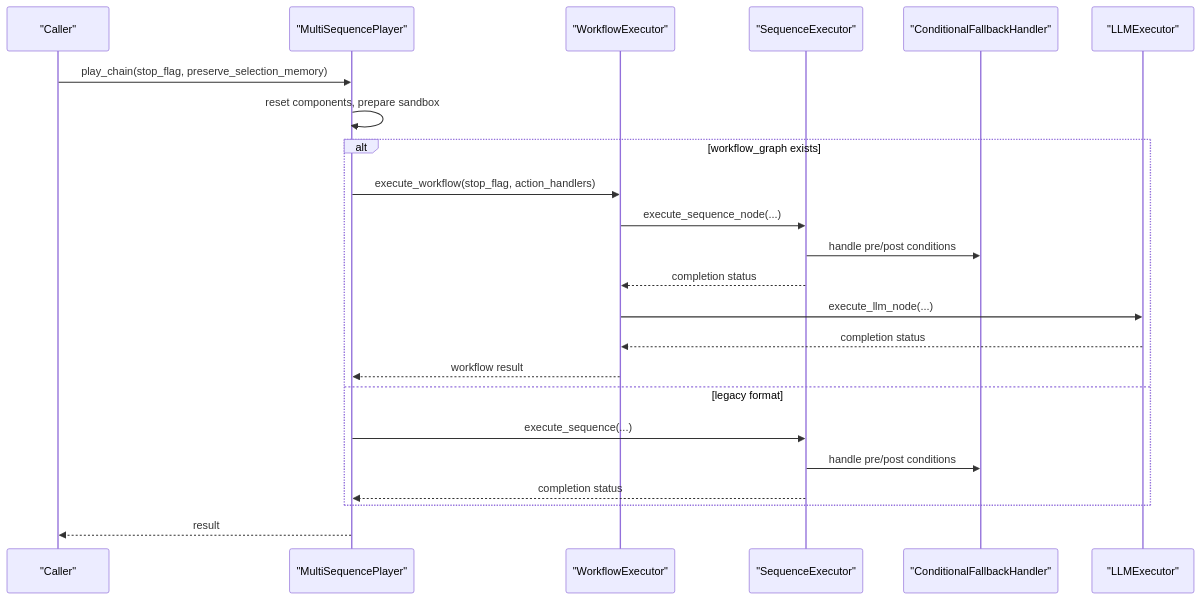
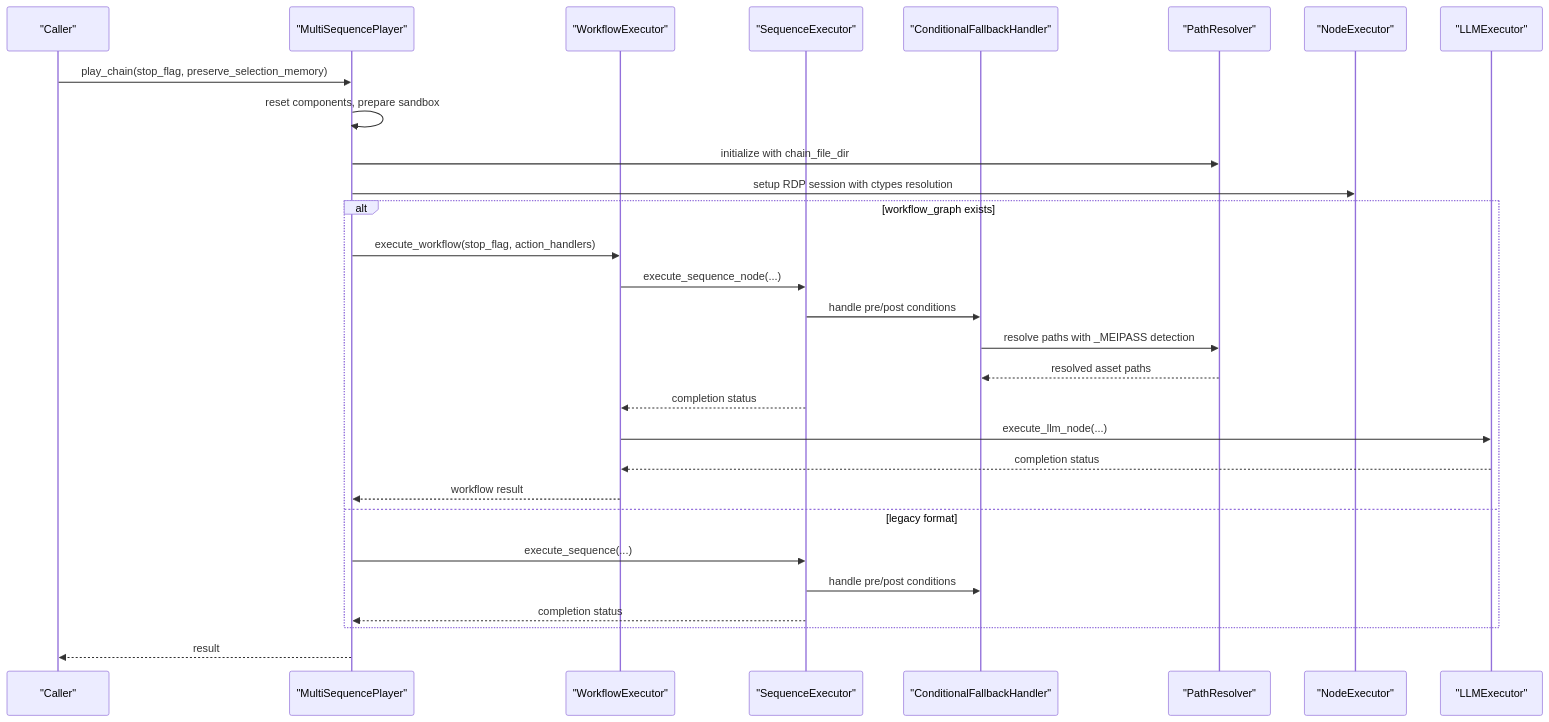
Before and after one commit to RodrigoBenitez343/Arrow: the second of 10 diagrams in .qoder/repowiki/en/content/Playback Engine/Multi-Sequence Player.md, drawn with Mermaid. The commit also changed other lines of this file and 53 other files, not shown here.

````diff
--- a/.qoder/repowiki/en/content/Playback Engine/Multi-Sequence Player.md
+++ b/.qoder/repowiki/en/content/Playback Engine/Multi-Sequence Player.md
@@ -78,25 +105,31 @@
 ```mermaid
 sequenceDiagram
 participant User as "Caller"
 participant MSP as "MultiSequencePlayer"
 participant WFEX as "WorkflowExecutor"
 participant SEQEX as "SequenceExecutor"
 participant CFH as "ConditionalFallbackHandler"
+participant PR as "PathResolver"
+participant NE as "NodeExecutor"
 participant LLMEX as "LLMExecutor"
 User->>MSP : play_chain(stop_flag, preserve_selection_memory)
 MSP->>MSP : reset components, prepare sandbox
+MSP->>PR : initialize with chain_file_dir
+MSP->>NE : setup RDP session with ctypes resolution
 alt workflow_graph exists
 MSP->>WFEX : execute_workflow(stop_flag, action_handlers)
 WFEX->>SEQEX : execute_sequence_node(...)
 SEQEX->>CFH : handle pre/post conditions
+CFH->>PR : resolve paths with _MEIPASS detection
+PR-->>CFH : resolved asset paths
 SEQEX-->>WFEX : completion status
 WFEX->>LLMEX : execute_llm_node(...)
 LLMEX-->>WFEX : completion status
 WFEX-->>MSP : workflow result
 else legacy format
 MSP->>SEQEX : execute_sequence(...)
 SEQEX->>CFH : handle pre/post conditions
 SEQEX-->>MSP : completion status
 end
 MSP-->>User : result
 ```
````
